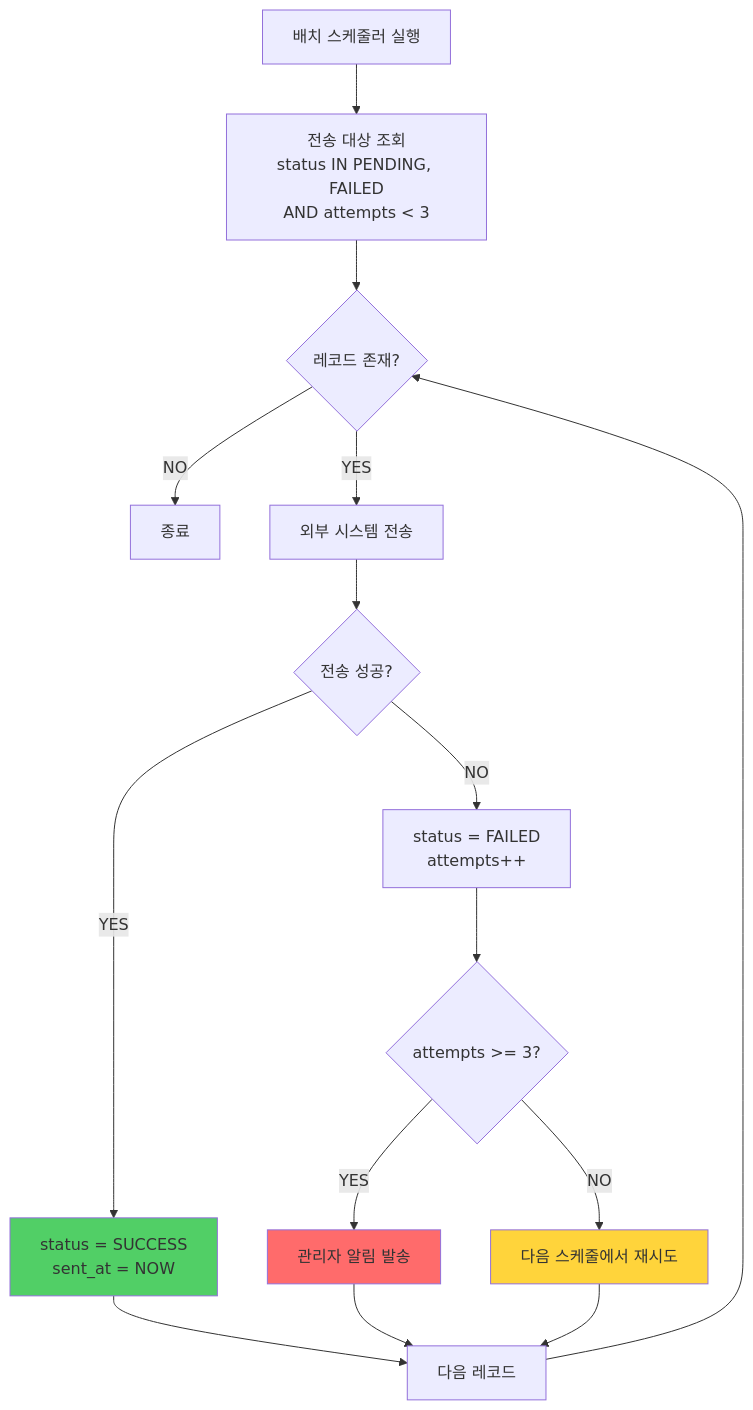
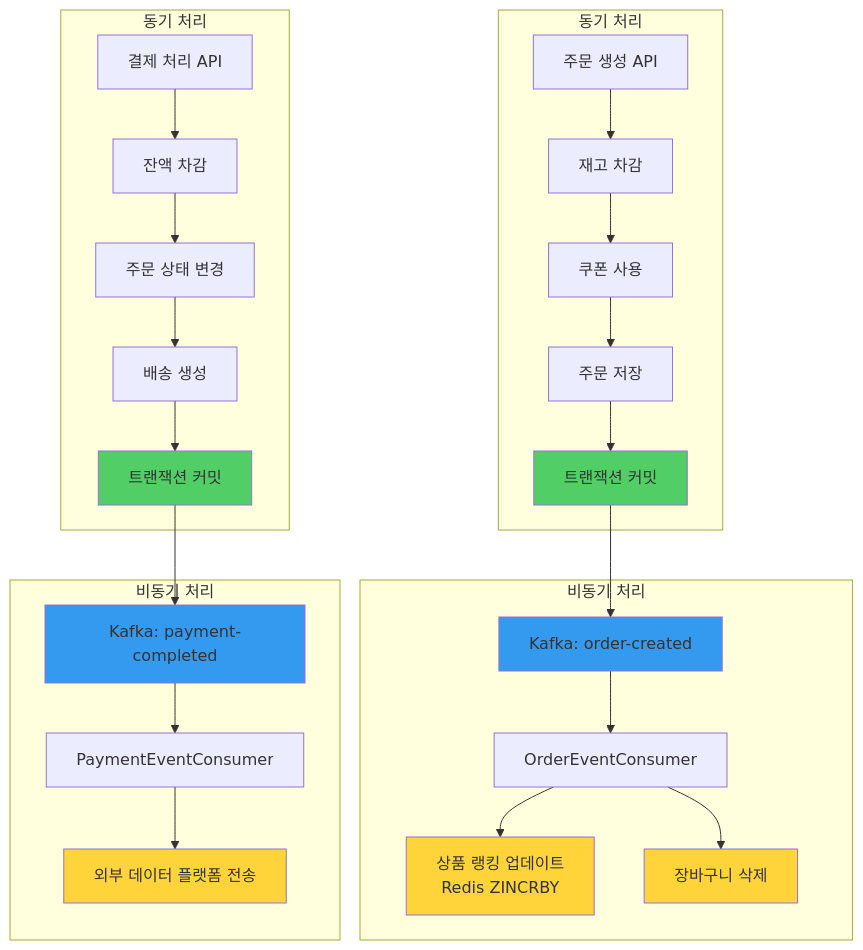
One commit to knowave/hhplus-ecommerce-kotlin changed diagram 24 of 25 in docs/sequence-diagrams.md. Above: the diagram before and after it, drawn with Mermaid. The commit also changed other lines of this file and 3 other files, not shown here.

Commit message:
FIX: Payment event 발행 commit 된 후 발행하도록 수정

````diff
--- a/docs/sequence-diagrams.md
+++ b/docs/sequence-diagrams.md
@@ -1095,24 +1240,39 @@
 ```mermaid
 flowchart TD
-    A[배치 스케줄러 실행] --> B[전송 대상 조회<br/>status IN PENDING, FAILED<br/>AND attempts < 3]
-    B --> C{레코드 존재?}
-    C -->|NO| D[종료]
-    C -->|YES| E[외부 시스템 전송]
+    subgraph 동기 처리
+        A[주문 생성 API] --> B[재고 차감]
+        B --> C[쿠폰 사용]
+        C --> D[주문 저장]
+        D --> E[트랜잭션 커밋]
+    end
 
-    E --> F{전송 성공?}
-    F -->|YES| G[status = SUCCESS<br/>sent_at = NOW]
-    F -->|NO| H[status = FAILED<br/>attempts++]
+    E --> F[Kafka: order-created]
 
-    H --> I{attempts >= 3?}
-    I -->|YES| J[관리자 알림 발송]
-    I -->|NO| K[다음 스케줄에서 재시도]
+    subgraph 비동기 처리
+        F --> G[OrderEventConsumer]
+        G --> H[상품 랭킹 업데이트<br/>Redis ZINCRBY]
+        G --> I[장바구니 삭제]
+    end
 
-    G --> L[다음 레코드]
-    J --> L
-    K --> L
-    L --> C
+    subgraph 동기 처리
+        J[결제 처리 API] --> K[잔액 차감]
+        K --> L[주문 상태 변경]
+        L --> M[배송 생성]
+        M --> N[트랜잭션 커밋]
+    end
 
-    style G fill:#51cf66
-    style J fill:#ff6b6b
-    style K fill:#ffd43b
+    N --> O[Kafka: payment-completed]
+
+    subgraph 비동기 처리
+        O --> P[PaymentEventConsumer]
+        P --> Q[외부 데이터 플랫폼 전송]
+    end
+
+    style E fill:#51cf66
+    style N fill:#51cf66
+    style F fill:#339af0
+    style O fill:#339af0
+    style H fill:#ffd43b
+    style I fill:#ffd43b
+    style Q fill:#ffd43b
 ```
````
